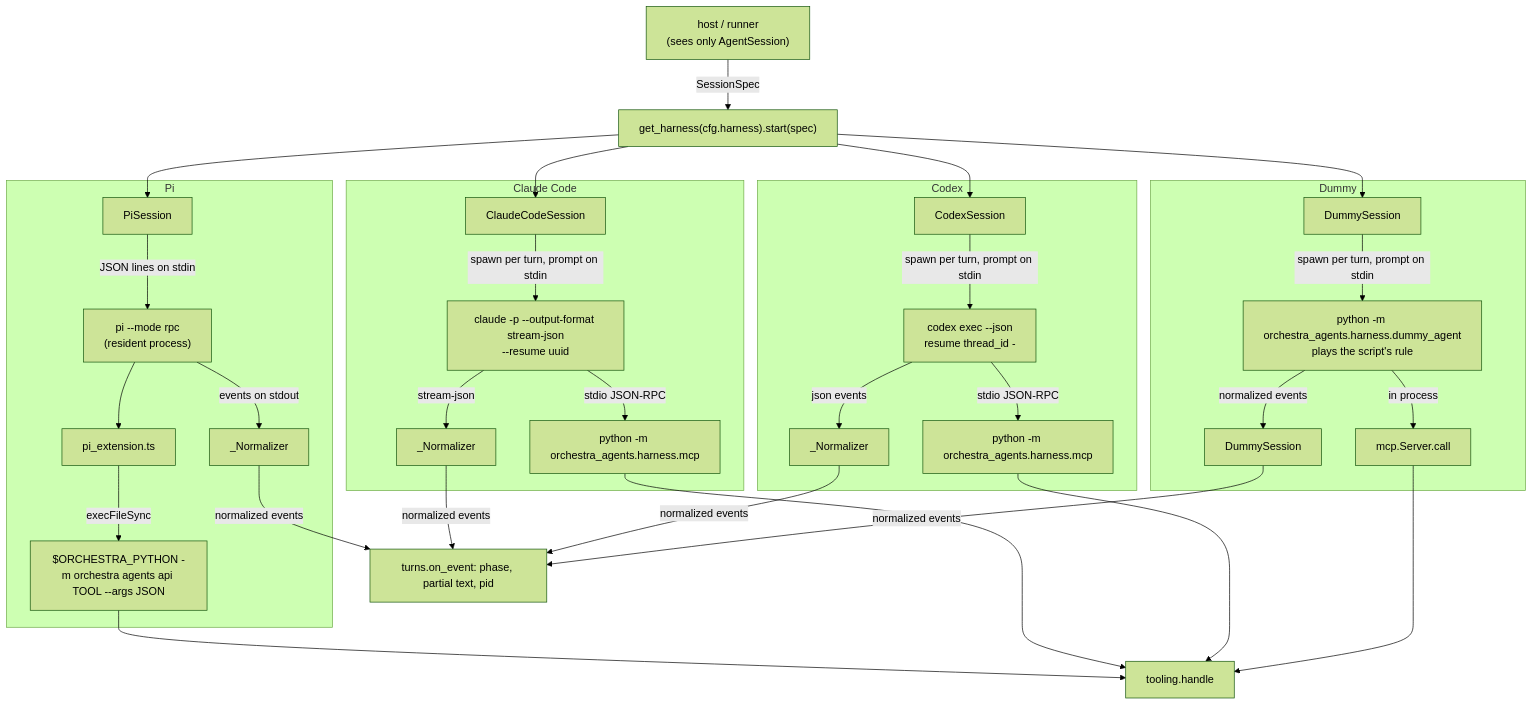
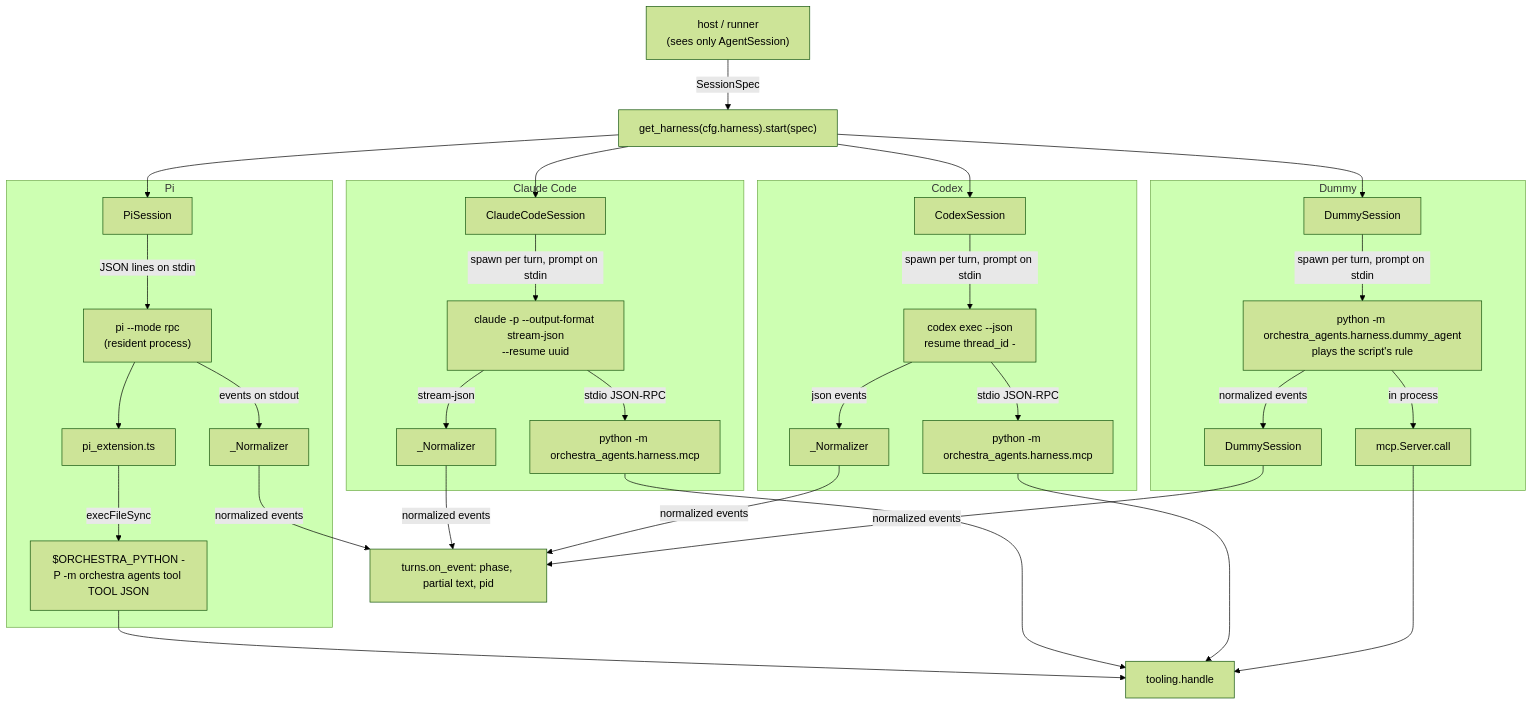
The third of 5 diagrams in ARCHITECTURE.md (danroblewis/orchestra-agents), drawn with Mermaid (forest theme) before and after one commit. The commit also changed other lines of this file and 30 other files, not shown here.

````diff
--- a/ARCHITECTURE.md
+++ b/ARCHITECTURE.md
@@ -445,36 +445,36 @@
 ```mermaid
 flowchart TB
   HOST["host / runner<br/>(sees only AgentSession)"] -->|SessionSpec| START["get_harness(cfg.harness).start(spec)"]
 
   subgraph PI["Pi"]
     PIS[PiSession] -->|JSON lines on stdin| PIP["pi --mode rpc<br/>(resident process)"]
     PIP -->|events on stdout| PIN[_Normalizer]
     PIP --> EXT[pi_extension.ts]
-    EXT -->|execFileSync| APICLI["$ORCHESTRA_PYTHON -m orchestra agents api TOOL --args JSON"]
+    EXT -->|execFileSync| APICLI["$ORCHESTRA_PYTHON -P -m orchestra agents tool TOOL JSON"]
   end
 
   subgraph CC["Claude Code"]
     CCS[ClaudeCodeSession] -->|spawn per turn, prompt on stdin| CCP["claude -p --output-format stream-json<br/>--resume uuid"]
     CCP -->|stream-json| CCN[_Normalizer]
     CCP -->|stdio JSON-RPC| MCP1["python -m orchestra_agents.harness.mcp"]
   end
 
   subgraph CX["Codex"]
     CXS[CodexSession] -->|spawn per turn, prompt on stdin| CXP["codex exec --json<br/>resume thread_id -"]
     CXP -->|json events| CXN[_Normalizer]
     CXP -->|stdio JSON-RPC| MCP2["python -m orchestra_agents.harness.mcp"]
   end
 
   subgraph DU["Dummy"]
     DUS[DummySession] -->|spawn per turn, prompt on stdin| DUP["python -m orchestra_agents.harness.dummy_agent<br/>plays the script's rule"]
     DUP -->|normalized events| DUN[DummySession]
     DUP -->|in process| MCP3["mcp.Server.call"]
   end
 
   START --> PIS & CCS & CXS & DUS
   PIN & CCN & CXN & DUN -->|normalized events| ONEV["turns.on_event: phase, partial text, pid"]
   APICLI --> HANDLE["tooling.handle"]
   MCP1 --> HANDLE
   MCP2 --> HANDLE
   MCP3 --> HANDLE
 ```
````
